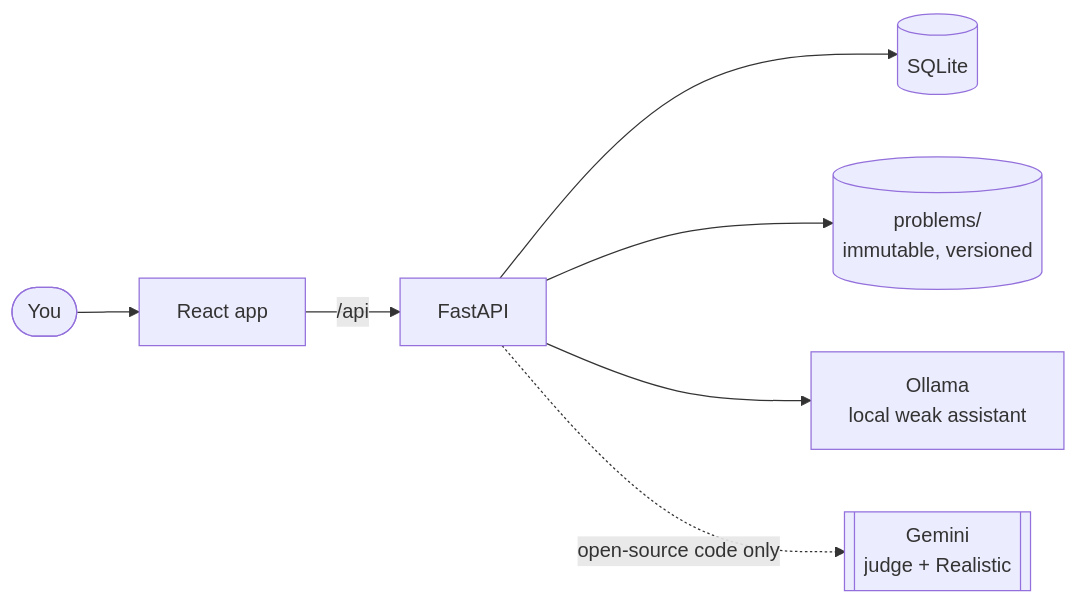
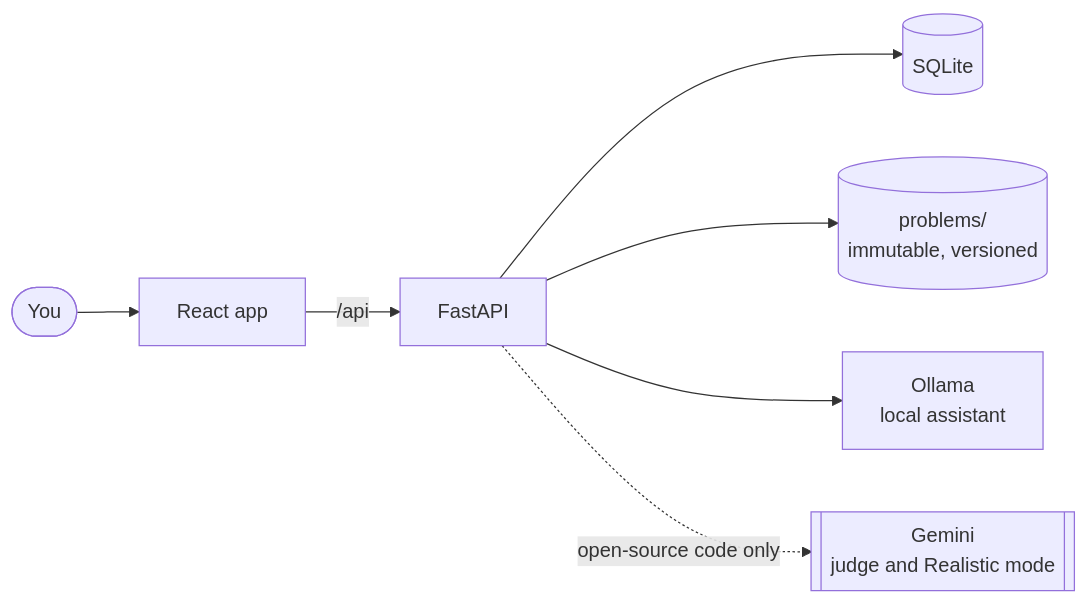
One commit to debarshi29/scholia changed the diagram in README.md. Above: the diagram before and after it, drawn with Mermaid. The commit also changed other lines of this file, not shown here.

First line of the commit message:
docs: client-facing README (no roadmap, status or internal notes)

````diff
--- a/README.md
+++ b/README.md
@@ -70,9 +68,9 @@
 ```mermaid
 flowchart LR
     user([You]) --> spa[React app]
     spa -->|/api| api[FastAPI]
     api --> db[(SQLite)]
     api --> files[(problems/<br/>immutable, versioned)]
-    api --> ollama[Ollama<br/>local weak assistant]
-    api -.->|open-source code only| gemini[[Gemini<br/>judge + Realistic]]
+    api --> ollama[Ollama<br/>local assistant]
+    api -.->|open-source code only| gemini[[Gemini<br/>judge and Realistic mode]]
 ```
````
